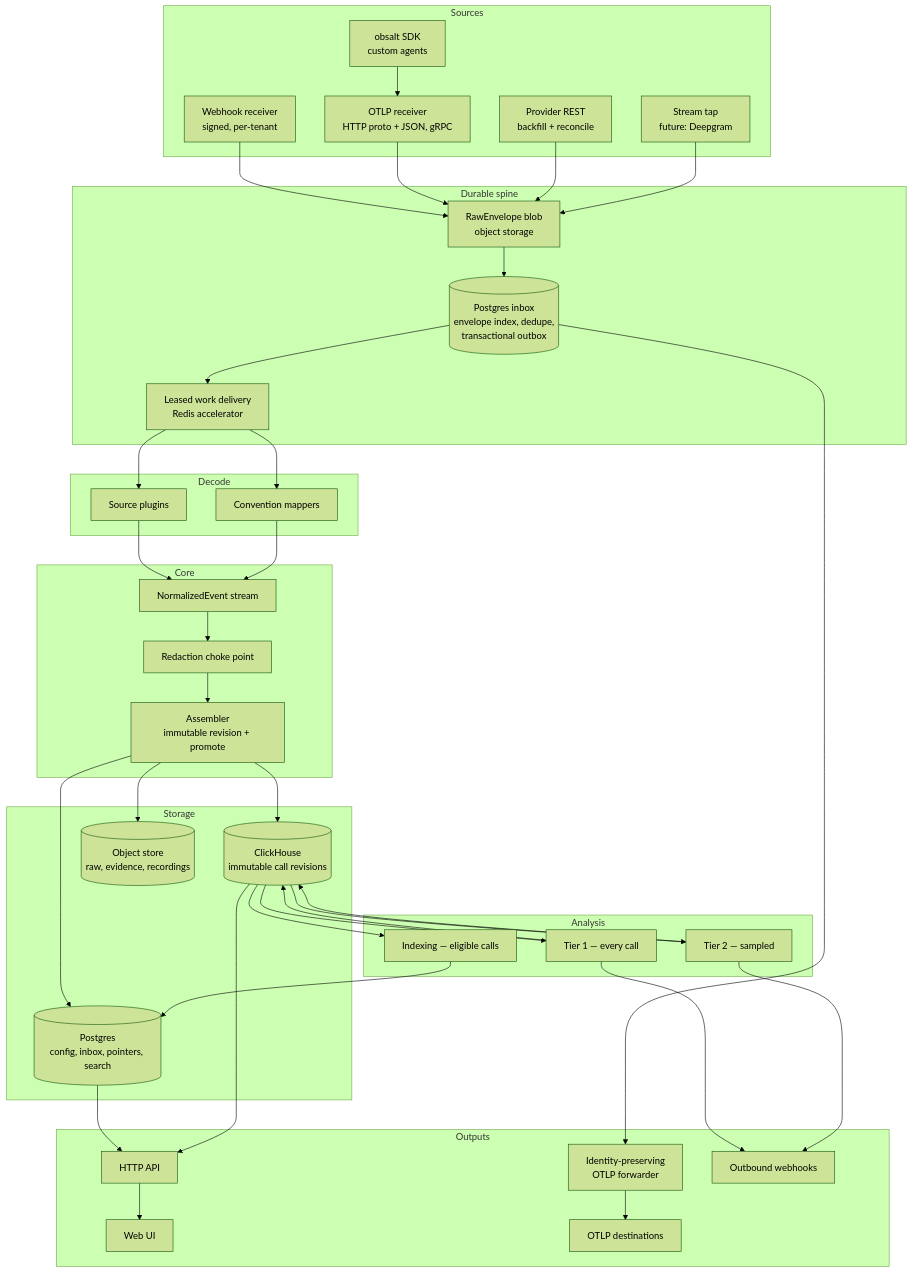
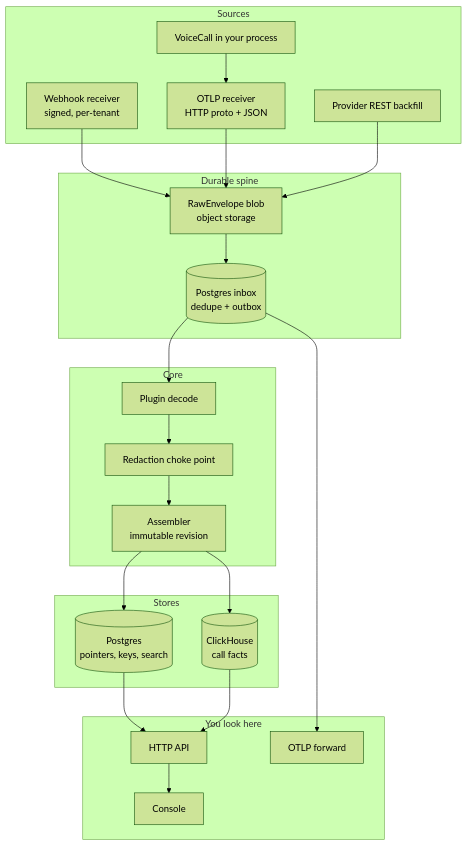
One commit to obsalt/obsalt-legacy changed the diagram in docs/architecture.md. Above: the diagram before and after it, drawn with Mermaid (forest theme). The commit also changed other lines of this file and 56 other files, not shown here.

````diff
--- a/docs/architecture.md
+++ b/docs/architecture.md
@@ -7,71 +12,42 @@
 ```mermaid
 flowchart TB
   subgraph sources ["Sources"]
     WH["Webhook receiver<br/>signed, per-tenant"]
-    OTLP["OTLP receiver<br/>HTTP proto + JSON, gRPC"]
-    SDK["obsalt SDK<br/>custom agents"]
-    PULL["Provider REST<br/>backfill + reconcile"]
-    SOCK["Stream tap<br/>future: Deepgram"]
+    OTLP["OTLP receiver<br/>HTTP proto + JSON"]
+    SDK["VoiceCall in your process"]
+    PULL["Provider REST backfill"]
   end
 
   subgraph spine ["Durable spine"]
     RAW["RawEnvelope blob<br/>object storage"]
-    INBOX[("Postgres inbox<br/>envelope index, dedupe,<br/>transactional outbox")]
-    Q["Leased work delivery<br/>Redis accelerator"]
-  end
-
-  subgraph decode ["Decode"]
-    SRC["Source plugins"]
-    MAP["Convention mappers"]
+    INBOX[("Postgres inbox<br/>dedupe + outbox")]
   end
 
   subgraph core ["Core"]
-    NORM["NormalizedEvent stream"]
+    DEC["Plugin decode"]
     RED["Redaction choke point"]
-    ASM["Assembler<br/>immutable revision + promote"]
+    ASM["Assembler<br/>immutable revision"]
   end
 
-  subgraph store ["Storage"]
-    CH[("ClickHouse<br/>immutable call revisions")]
-    PG[("Postgres<br/>config, inbox, pointers, search")]
-    OBJ[("Object store<br/>raw, evidence, recordings")]
+  subgraph store ["Stores"]
+    CH[("ClickHouse<br/>call facts")]
+    PG[("Postgres<br/>pointers, keys, search")]
   end
 
-  subgraph analysis ["Analysis"]
-    T1["Tier 1 — every call"]
-    IDX["Indexing — eligible calls"]
-    T2["Tier 2 — sampled"]
-  end
-
-  subgraph out ["Outputs"]
+  subgraph out ["You look here"]
     API["HTTP API"]
-    UI["Web UI"]
-    FWD["Identity-preserving<br/>OTLP forwarder"]
-    EXP["OTLP destinations"]
-    HOOK["Outbound webhooks"]
+    UI["Console"]
+    FWD["OTLP forward"]
   end
 
   WH --> RAW
   OTLP --> RAW
   SDK --> OTLP
   PULL --> RAW
-  SOCK --> RAW
-  RAW --> INBOX --> Q
-  Q --> SRC
-  Q --> MAP
-  SRC --> NORM
-  MAP --> NORM
-  NORM --> RED --> ASM
+  RAW --> INBOX --> DEC --> RED --> ASM
   ASM --> CH
   ASM --> PG
-  ASM --> OBJ
-  CH --> T1 --> CH
-  CH --> IDX --> PG
-  CH --> T2 --> CH
-  PG --> API
+  PG --> API --> UI
   CH --> API
-  API --> UI
-  INBOX --> FWD --> EXP
-  T1 --> HOOK
-  T2 --> HOOK
+  INBOX --> FWD
 ```
````
